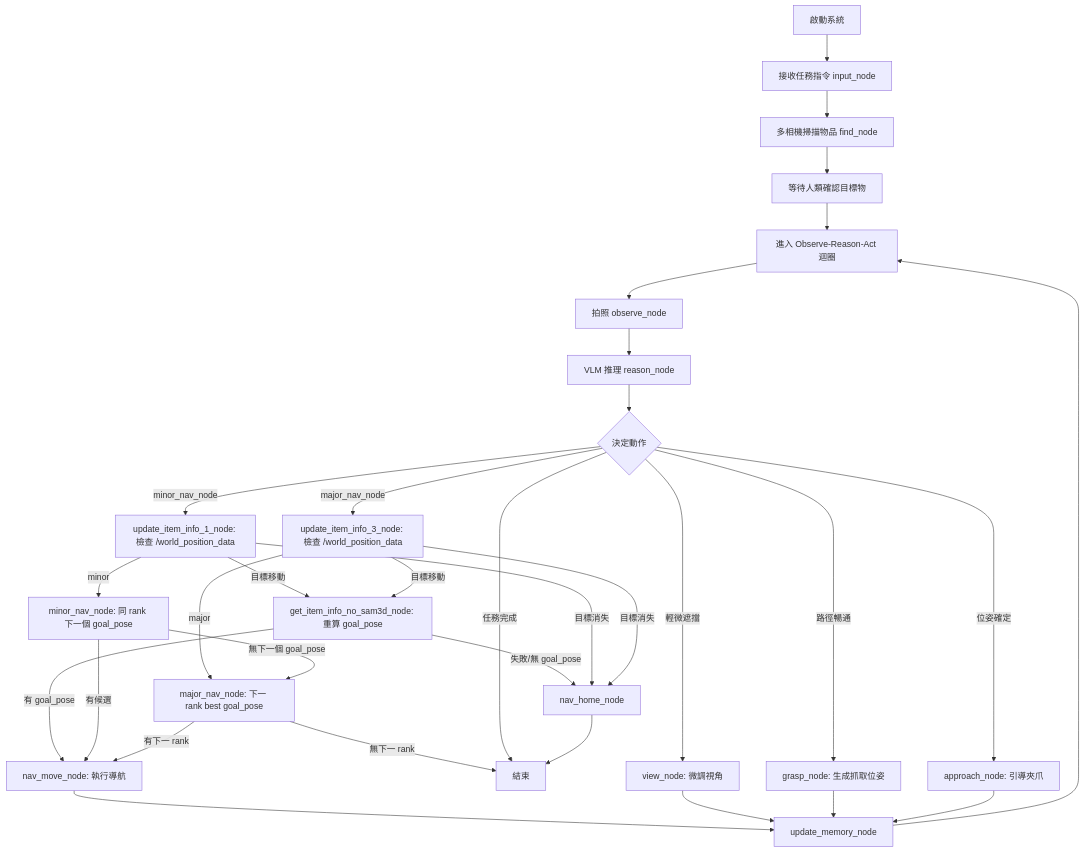
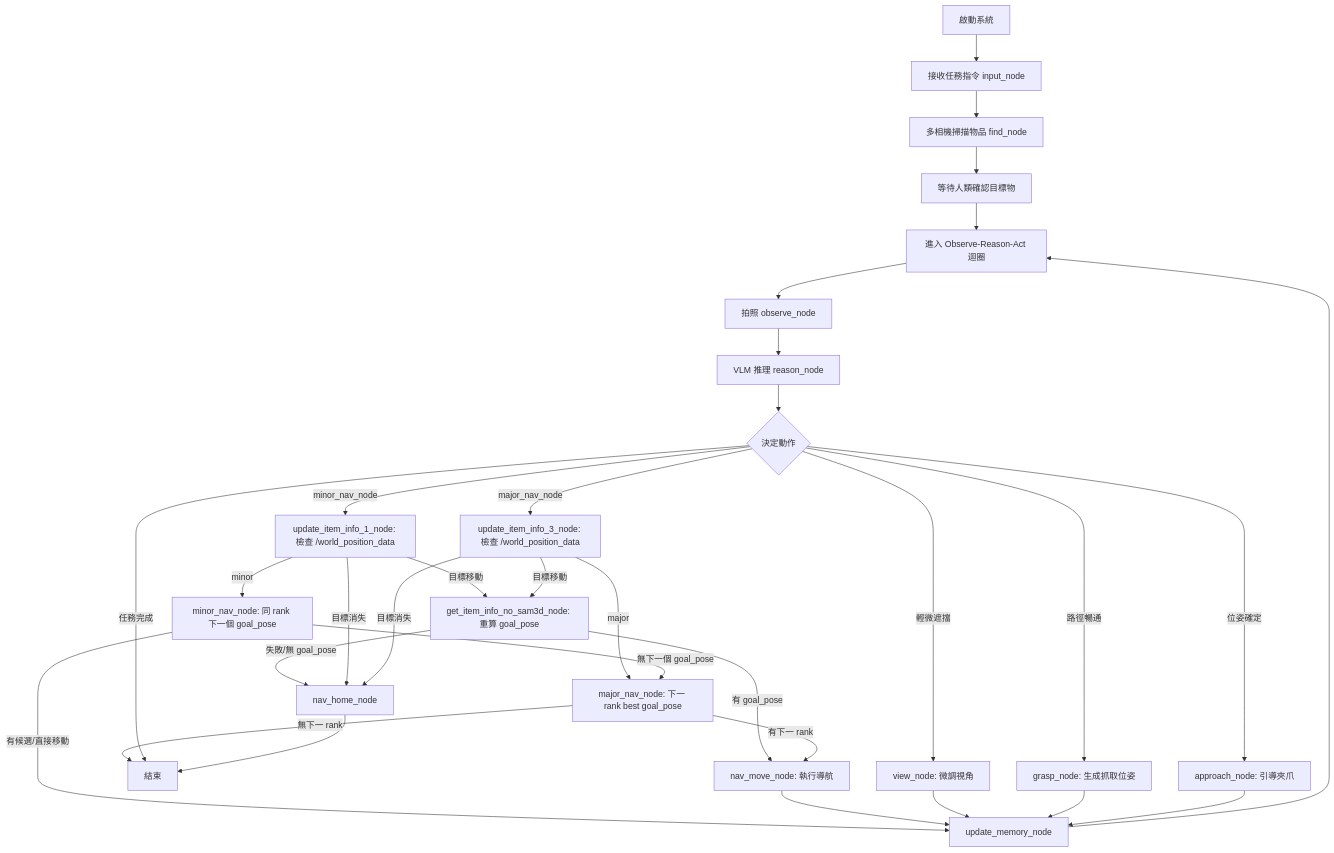
One commit to tj1125/pros_workflow changed the seventh of 8 diagrams in docs/spec.md. Above: the diagram before and after it, drawn with Mermaid. The commit also changed 4 other files, not shown here.

Commit message:
minor_nav_node DONE but no uesd

````diff
--- a/docs/spec.md
+++ b/docs/spec.md
@@ -169,34 +169,34 @@
 ```mermaid
 flowchart TD
   Start[啟動系統] --> Input[接收任務指令 input_node]
   Input --> Find[多相機掃描物品 find_node]
   Find --> Confirm[等待人類確認目標物]
   Confirm --> Loop[進入 Observe-Reason-Act 迴圈]
   Loop --> Obs[拍照 observe_node]
   Obs --> Reason[VLM 推理 reason_node]
   Reason --> Route{決定動作}
   Route -- minor_nav_node --> UpdateInfoMinor[update_item_info_1_node: 檢查 /world_position_data]
   Route -- major_nav_node --> UpdateInfoMajor[update_item_info_3_node: 檢查 /world_position_data]
   UpdateInfoMinor -- 目標移動 --> ItemInfo[get_item_info_no_sam3d_node: 重算 goal_pose]
   UpdateInfoMajor -- 目標移動 --> ItemInfo
   ItemInfo -- 有 goal_pose --> NavMove[nav_move_node: 執行導航]
   ItemInfo -- 失敗/無 goal_pose --> Home
   UpdateInfoMinor -- 目標消失 --> Home[nav_home_node]
   UpdateInfoMajor -- 目標消失 --> Home
   UpdateInfoMinor -- minor --> MinorNav[minor_nav_node: 同 rank 下一個 goal_pose]
   UpdateInfoMajor -- major --> MajorNav[major_nav_node: 下一 rank best goal_pose]
   MinorNav -- 無下一個 goal_pose --> MajorNav[major_nav_node: 下一 rank best goal_pose]
-  MinorNav -- 有候選 --> NavMove[nav_move_node: 執行導航]
+  MinorNav -- 有候選/直接移動 --> Memory[update_memory_node]
   MajorNav -- 有下一 rank --> NavMove
   MajorNav -- 無下一 rank --> Done
   Route -- 輕微遮擋 --> View[view_node: 微調視角]
   Route -- 路徑暢通 --> Grasp[grasp_node: 生成抓取位姿]
   Route -- 位姿確定 --> Approach[approach_node: 引導夾爪]
   Route -- 任務完成 --> Done[結束]
   NavMove --> Memory[update_memory_node]
   Home --> Done
   View --> Memory
   Grasp --> Memory
   Approach --> Memory
   Memory --> Loop
 ```
````
